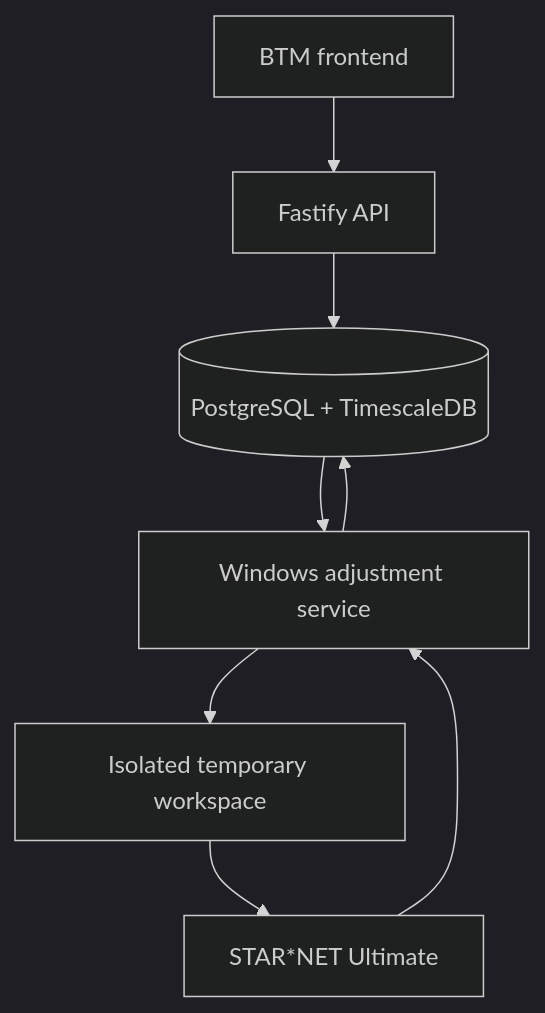
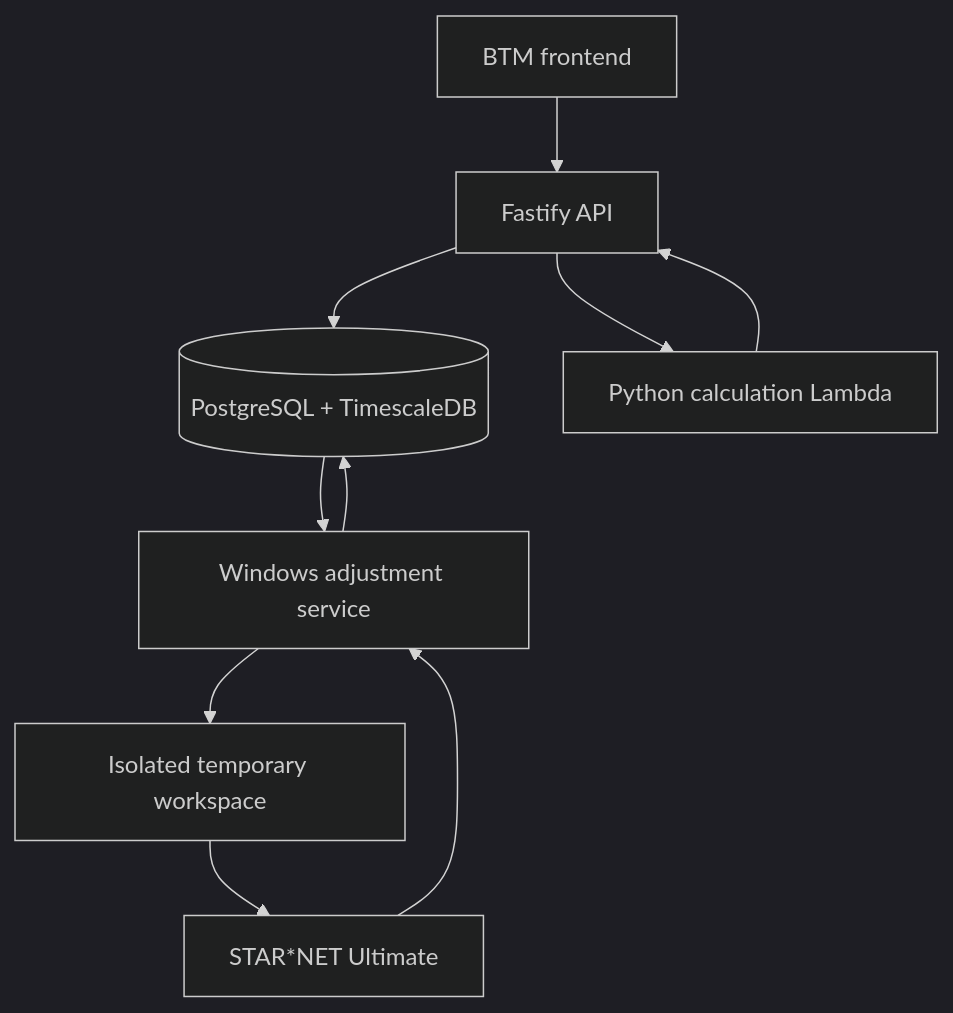
The diagram in docs/topographic-adjustment/02-ARCHITECTURE-BTM-CIBLE.md (boumeshal-MOB/btm-topographic-adjustment-mockup), drawn with Mermaid (dark theme) before and after one commit. The commit also changed other lines of this file and 35 other files, not shown here.

Commit message:
feat: add Python topographic engine and Lambda contract

````diff
--- a/docs/topographic-adjustment/02-ARCHITECTURE-BTM-CIBLE.md
+++ b/docs/topographic-adjustment/02-ARCHITECTURE-BTM-CIBLE.md
@@ -16,10 +18,12 @@
 ```mermaid
 flowchart TD
     UI["BTM frontend"] --> API["Fastify API"]
     API --> DB[("PostgreSQL + TimescaleDB")]
+    API --> PY["Python calculation Lambda"]
+    PY --> API
     DB --> WIN["Windows adjustment service"]
     WIN --> TMP["Isolated temporary workspace"]
     TMP --> SN["STAR*NET Ultimate"]
     SN --> WIN
     WIN --> DB
 ```
````
